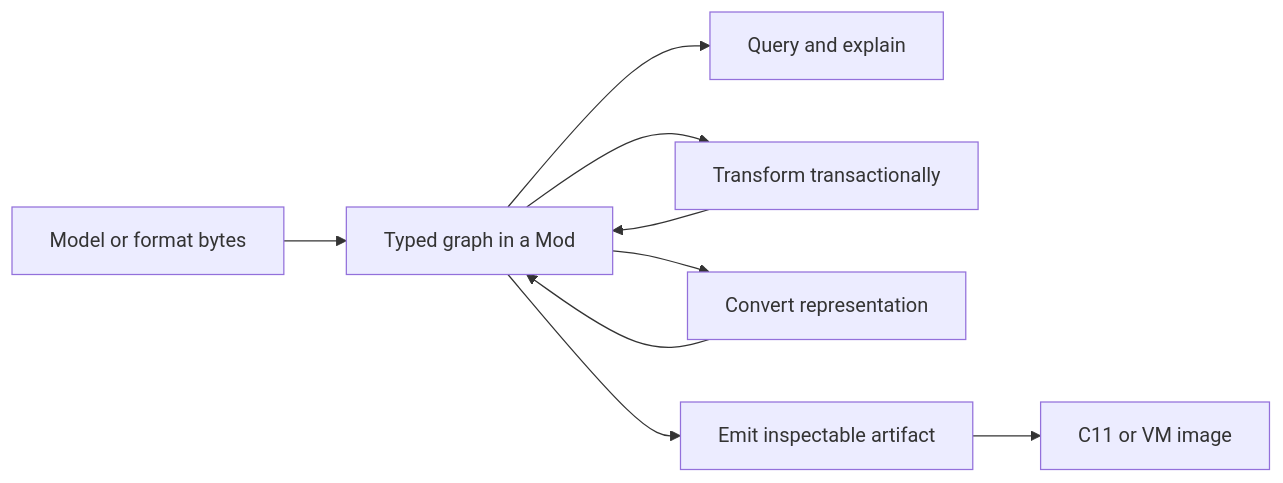
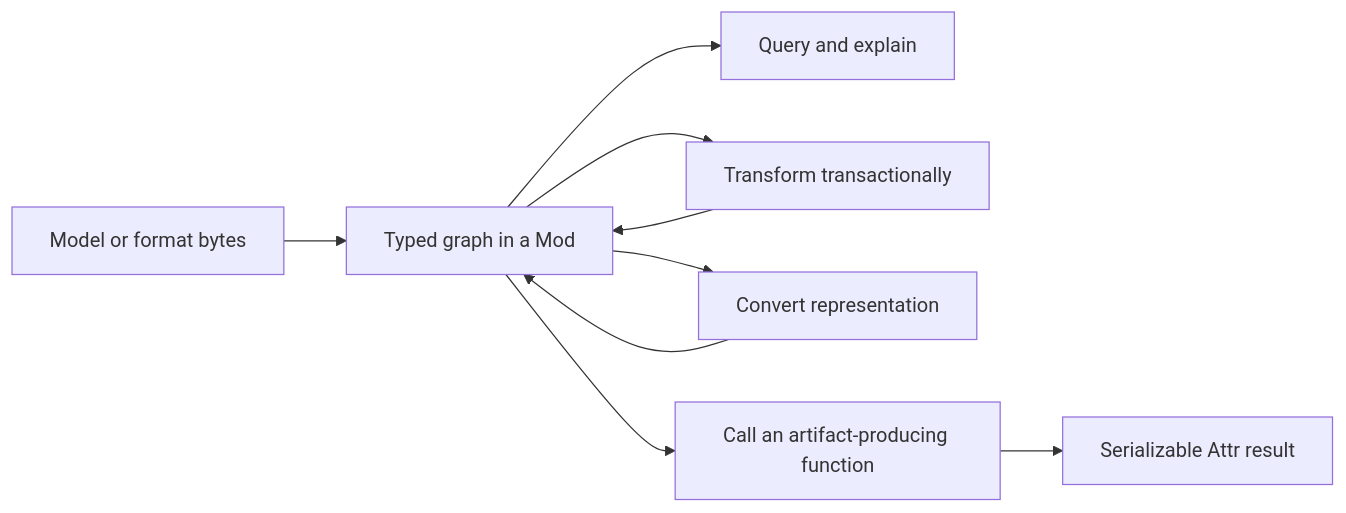
One commit to lancerstadium/joggle changed the diagram in README.md. Above: the diagram before and after it, drawn with Mermaid. The commit also changed other lines of this file and 10 other files, not shown here.

Commit message:
separate core architecture from bundled mods

````diff
--- a/README.md
+++ b/README.md
@@ -90,11 +90,11 @@
 ```mermaid
 flowchart LR
   A[Model or format bytes] --> B[Typed graph in a Mod]
   B --> Q[Query and explain]
   B --> T[Transform transactionally]
   T --> B
   B --> C[Convert representation]
   C --> B
-  B --> E[Emit inspectable artifact]
-  E --> O[C11 or VM image]
+  B --> E[Call an artifact-producing function]
+  E --> O[Serializable Attr result]
 ```
````
